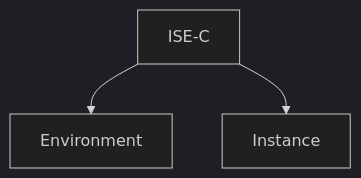
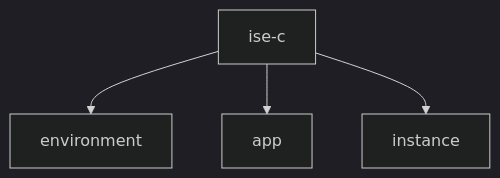
One commit to McNieps/ISE_C changed the first of 4 diagrams in README.md. Above: the diagram before and after it, drawn with Mermaid (dark theme). The commit also changed other lines of this file, not shown here.

Commit message:
[setup] Updated graphs in the README.md

````diff
--- a/README.md
+++ b/README.md
@@ -4,5 +6,7 @@
 ```mermaid
 graph TD
-    ISE-C --> Environment;
-    ISE-C --> Instance;
+    ise-c --> environment
+    ise-c --> app
+    ise-c --> instance
+    
 ```
````
